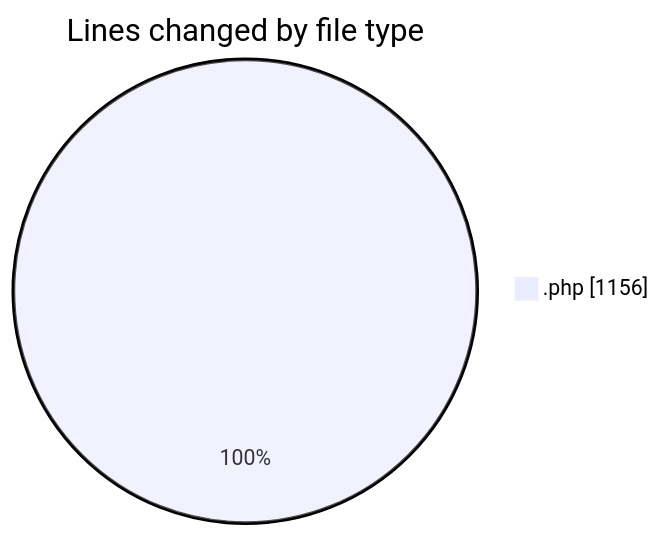
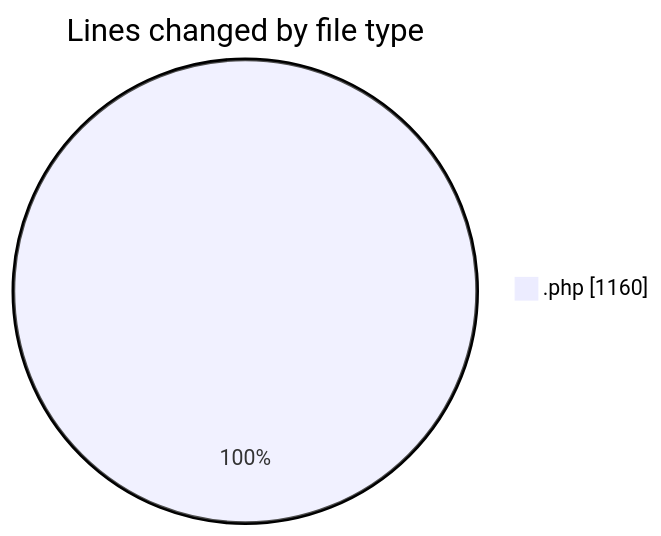
Before and after one commit to LanceThiago/code-tracking: the first of 2 diagrams in 2025-10-03/totem2/README.md, drawn with Mermaid. The commit also changed other lines of this file and 1 other file, not shown here.

````diff
--- a/2025-10-03/totem2/README.md
+++ b/2025-10-03/totem2/README.md
@@ -22,5 +22,5 @@
 ```mermaid
 pie showData
 title Lines changed by file type
-".php" : 1156
+".php" : 1160
 ```
````
